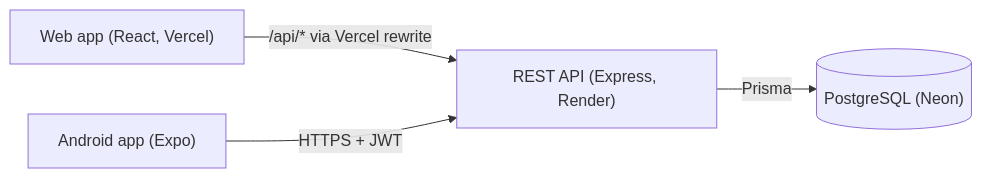
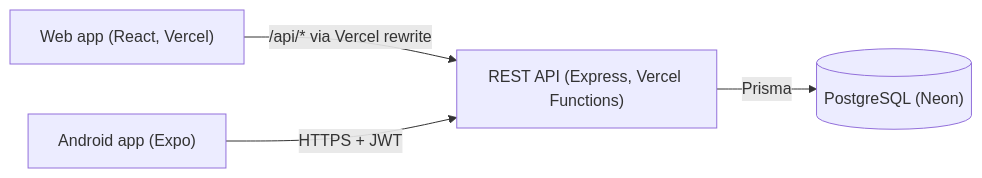
The diagram in README.md (pronov06/projectflow), drawn with Mermaid before and after one commit. The commit also changed other lines of this file and 17 other files, not shown here.

First line of the commit message:
feat(deploy): host the API on Vercel Functions alongside the web app

````diff
--- a/README.md
+++ b/README.md
@@ -65,6 +65,6 @@
 ```mermaid
 flowchart LR
   W["Web app (React, Vercel)"] -- "/api/* via Vercel rewrite" --> A
   M["Android app (Expo)"] -- "HTTPS + JWT" --> A
-  A["REST API (Express, Render)"] -- Prisma --> D[("PostgreSQL (Neon)")]
+  A["REST API (Express, Vercel Functions)"] -- Prisma --> D[("PostgreSQL (Neon)")]
 ```
````
